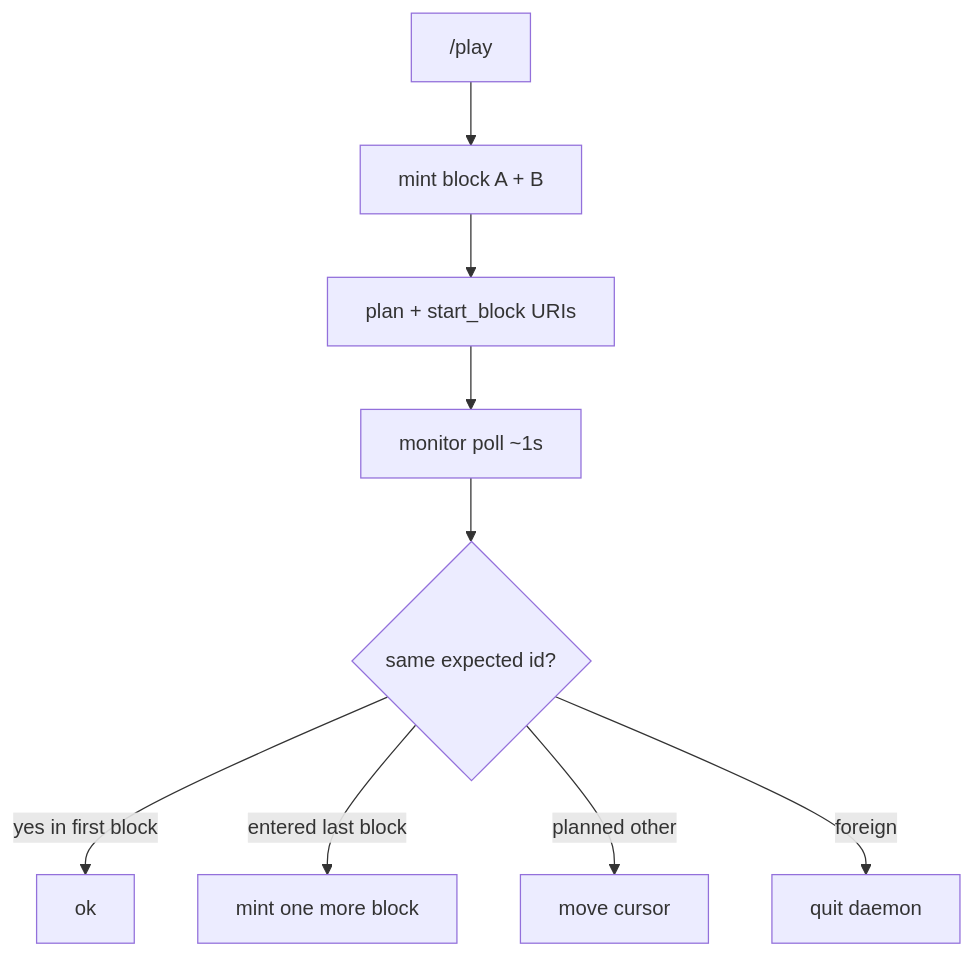
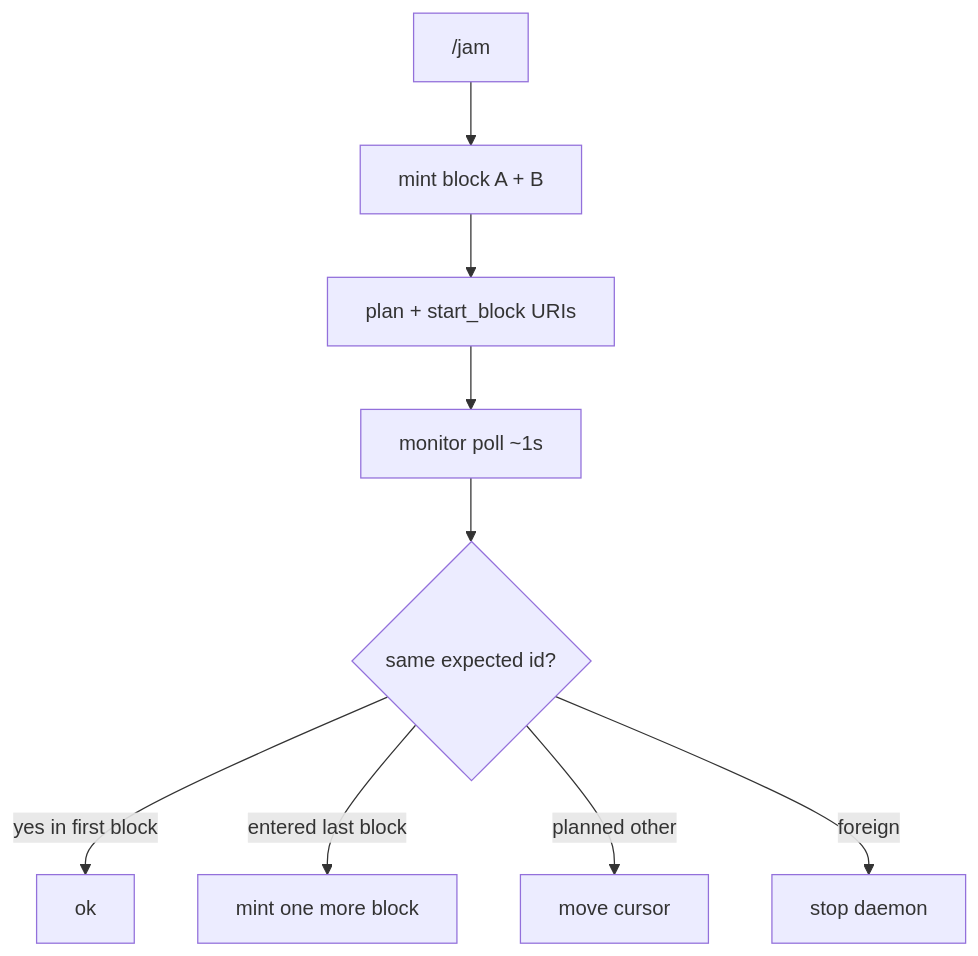
Before and after one commit to AdamPSU/agent-dj: the diagram in wiki/concepts/virtual-queue-playback.md, drawn with Mermaid. The commit also changed other lines of this file and 14 other files, not shown here.

````diff
--- a/wiki/concepts/virtual-queue-playback.md
+++ b/wiki/concepts/virtual-queue-playback.md
@@ -32,11 +32,11 @@
 ```mermaid
 flowchart TD
-  Play["/play"] --> Mint["mint block A + B"]
+  Jam["/jam"] --> Mint["mint block A + B"]
   Mint --> VQ["plan + start_block URIs"]
   VQ --> Mon["monitor poll ~1s"]
   Mon --> Same{"same expected id?"}
   Same -->|yes in first block| Wait["ok"]
   Same -->|entered last block| Mint1["mint one more block"]
   Same -->|planned other| Recon["move cursor"]
-  Same -->|foreign| Quit["quit daemon"]
+  Same -->|foreign| Kill["stop daemon"]
 ```
````
